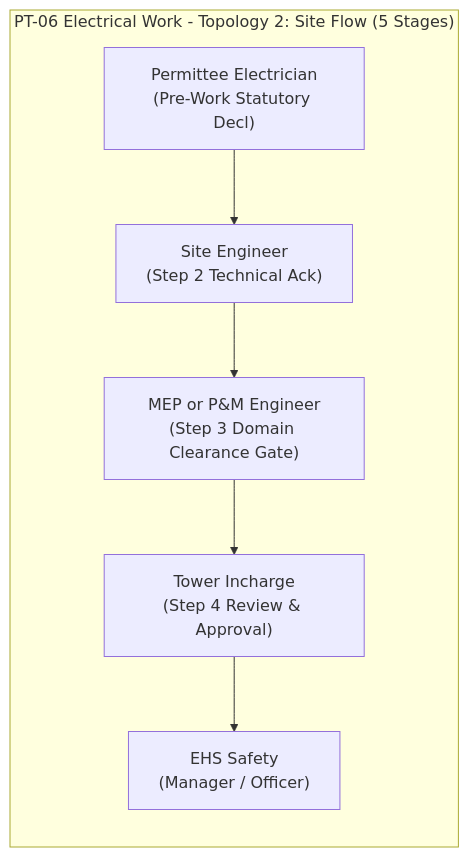
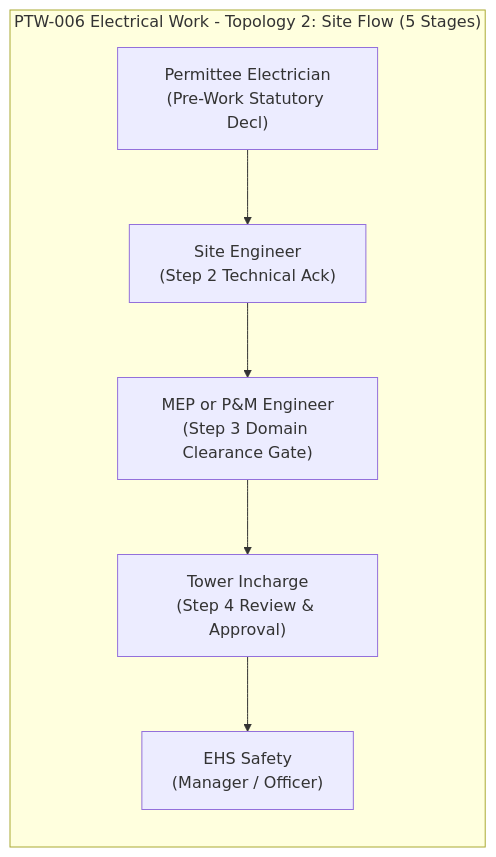
One commit to AuroGroupAutomationBot/ARPL-EHS-Demo changed the eighth of 31 diagrams in README.md. Above: the diagram before and after it, drawn with Mermaid. The commit also changed other lines of this file and 17 other files, not shown here.

````diff
--- a/README.md
+++ b/README.md
@@ -393,9 +394,9 @@
 ```mermaid
 graph LR
-    subgraph "PT-06 Electrical Work - Topology 2: Site Flow (5 Stages)"
+    subgraph "PTW-006 Electrical Work - Topology 2: Site Flow (5 Stages)"
         ELS1["Permittee Electrician<br/>(Pre-Work Statutory Decl)"] --> ELS2["Site Engineer<br/>(Step 2 Technical Ack)"]
         ELS2 --> ELS3["MEP or P&M Engineer<br/>(Step 3 Domain Clearance Gate)"]
         ELS3 --> ELS4["Tower Incharge<br/>(Step 4 Review & Approval)"]
         ELS4 --> ELS5["EHS Safety<br/>(Manager / Officer)"]
     end
 ```
````
